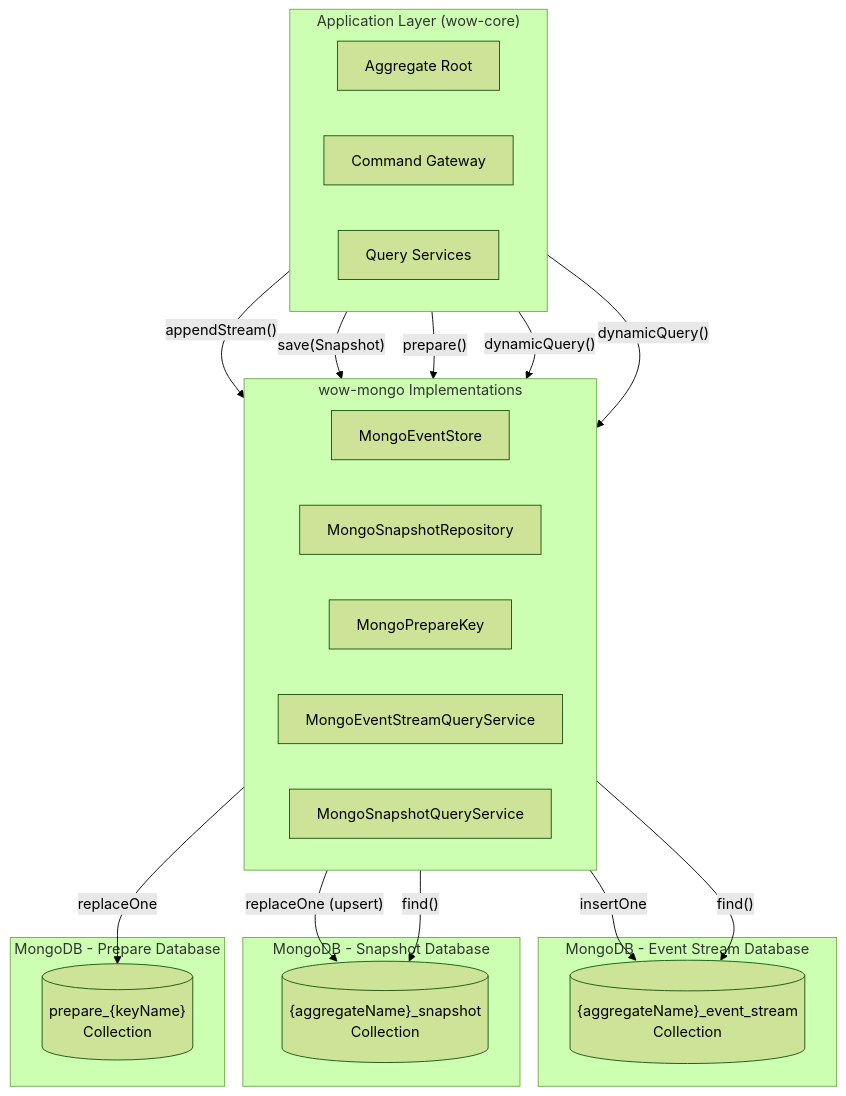
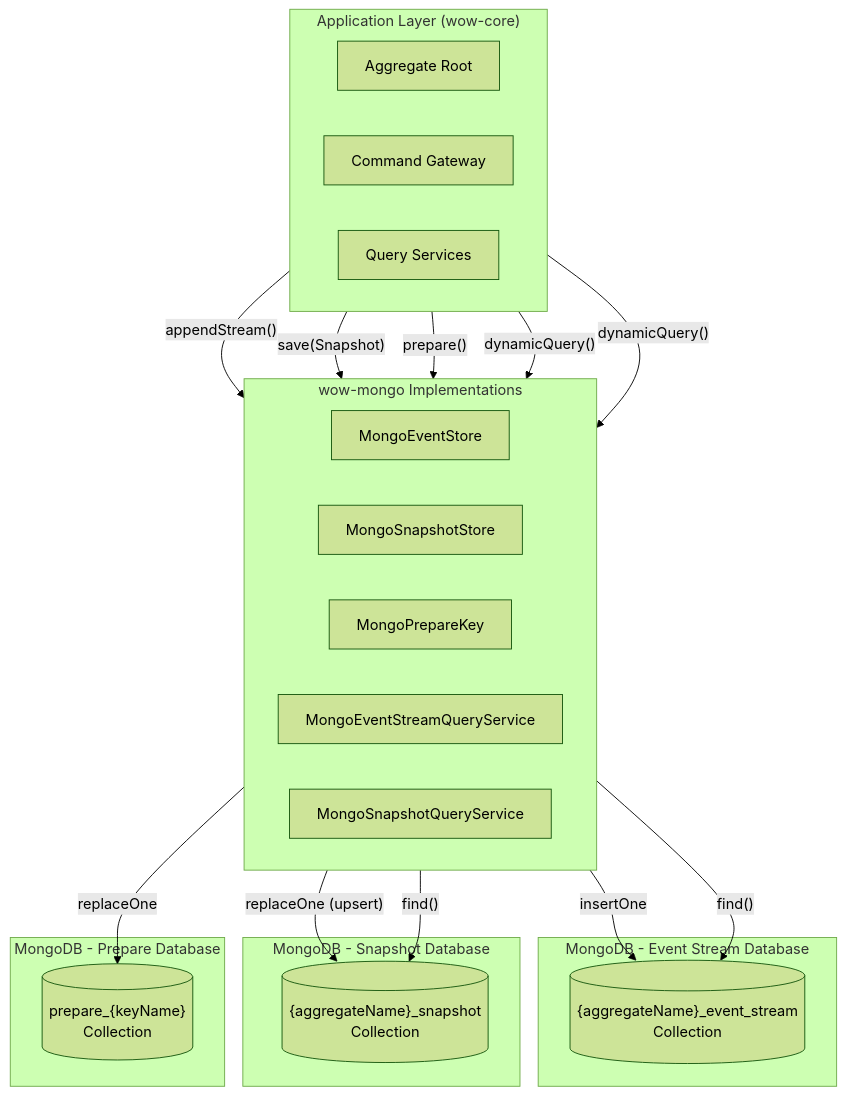
The first of 3 diagrams in documentation/docs/en/guide/extensions/mongo.md (Ahoo-Wang/Wow), drawn with Mermaid (forest theme) before and after one commit. The commit also changed other lines of this file and 36 other files, not shown here.

````diff
--- a/documentation/docs/en/guide/extensions/mongo.md
+++ b/documentation/docs/en/guide/extensions/mongo.md
@@ -20,41 +20,41 @@
 ```mermaid
 graph TB
     subgraph App["Application Layer (wow-core)"]
         direction LR
         AR["Aggregate Root"]
         CM["Command Gateway"]
         QS["Query Services"]
     end
 
     subgraph MongoEvent["MongoDB - Event Stream Database"]
         ESColl[("{aggregateName}_event_stream<br>Collection")]
     end
 
     subgraph MongoSnap["MongoDB - Snapshot Database"]
         SSCol[("{aggregateName}_snapshot<br>Collection")]
     end
 
     subgraph MongoPrep["MongoDB - Prepare Database"]
         PKCol[("prepare_{keyName}<br>Collection")]
     end
 
     subgraph Impl["wow-mongo Implementations"]
         direction LR
         MES["MongoEventStore"]
-        MSR["MongoSnapshotRepository"]
+        MSR["MongoSnapshotStore"]
         MPK["MongoPrepareKey"]
         MESQ["MongoEventStreamQueryService"]
         MSQS["MongoSnapshotQueryService"]
     end
 
     AR -->|"appendStream()"| MES
     MES -->|"insertOne"| ESColl
     AR -->|"save(Snapshot)"| MSR
     MSR -->|"replaceOne (upsert)"| SSCol
     CM -->|"prepare()"| MPK
     MPK -->|"replaceOne"| PKCol
     QS -->|"dynamicQuery()"| MESQ
     MESQ -->|"find()"| ESColl
     QS -->|"dynamicQuery()"| MSQS
     MSQS -->|"find()"| SSCol
 ```
````
